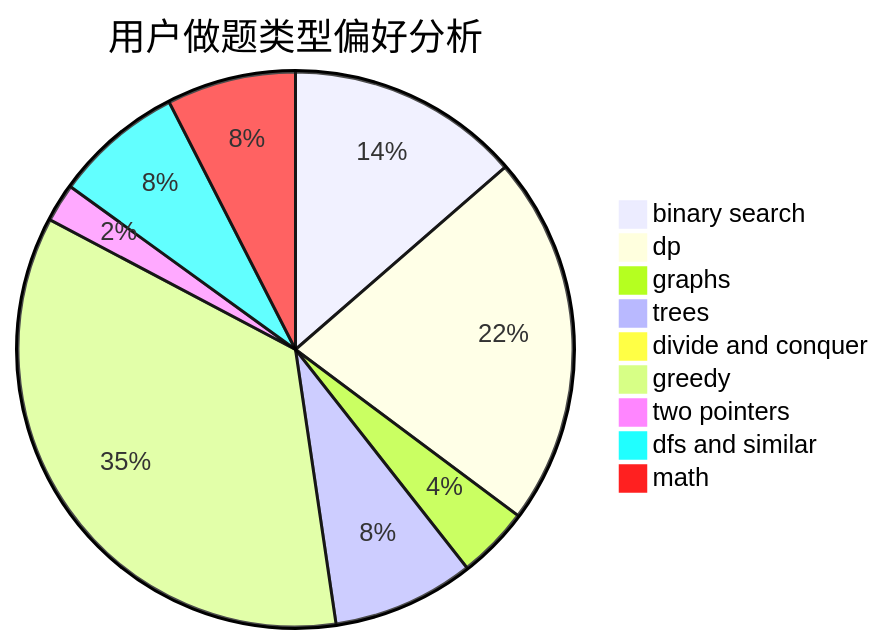
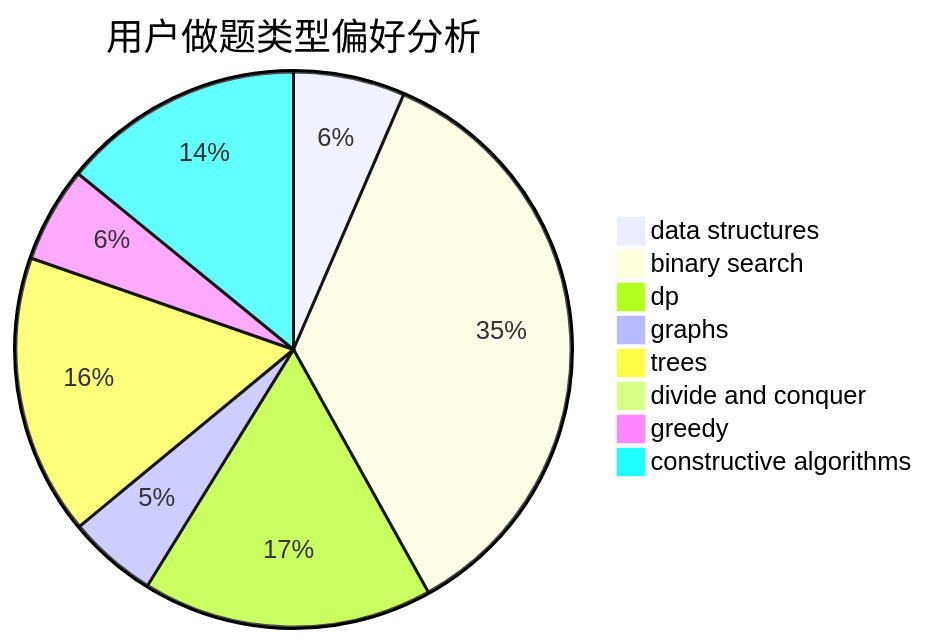
One commit to sherpahu/cfrs.github.io changed the second of 3 diagrams in docs/user/u2491.md. Above: the diagram before and after it, drawn with Mermaid. The commit also changed other lines of this file and 2775 other files, not shown here.

````diff
--- a/docs/user/u2491.md
+++ b/docs/user/u2491.md
@@ -23,12 +23,11 @@
 ```mermaid
 pie title 用户做题类型偏好分析
-    "binary search" :  201
-    "dp" :  319
-    "graphs" :  62
-    "trees" :  122
-    "divide and conquer" :  2
-    "greedy" :  518
-    "two pointers" :  33
-    "dfs and similar" :  111
-    "math" :  111
+    "data structures" :  35
+    "binary search" :  191
+    "dp" :  91
+    "graphs" :  28
+    "trees" :  88
+    "divide and conquer" :  0
+    "greedy" :  30
+    "constructive algorithms" :  76
 ```
````
